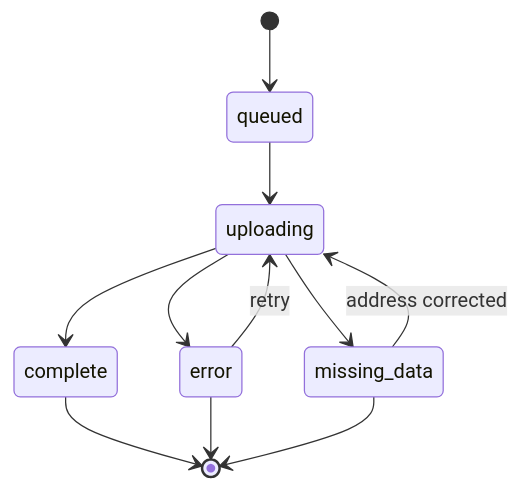
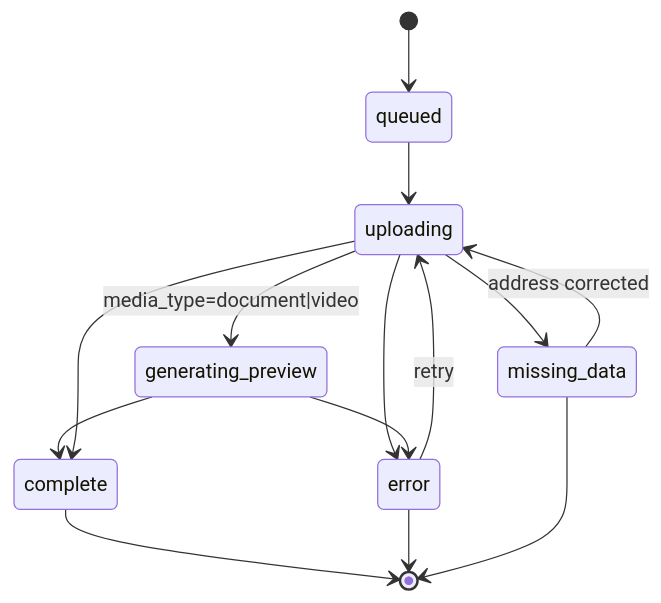
Before and after one commit to matkleve/feldpost: the second of 3 diagrams in docs/element-specs/upload-panel.md, drawn with Mermaid. The commit also changed other lines of this file and 31 other files, not shown here.

````diff
--- a/docs/element-specs/upload-panel.md
+++ b/docs/element-specs/upload-panel.md
@@ -105,13 +113,16 @@
 ```mermaid
 stateDiagram-v2
   [*] --> queued
   queued --> uploading
+  uploading --> generating_preview: media_type=document|video
+  generating_preview --> complete
   uploading --> complete
   uploading --> error
   uploading --> missing_data
+  generating_preview --> error
   error --> uploading: retry
   missing_data --> uploading: address corrected
   complete --> [*]
   error --> [*]
   missing_data --> [*]
 ```
````
